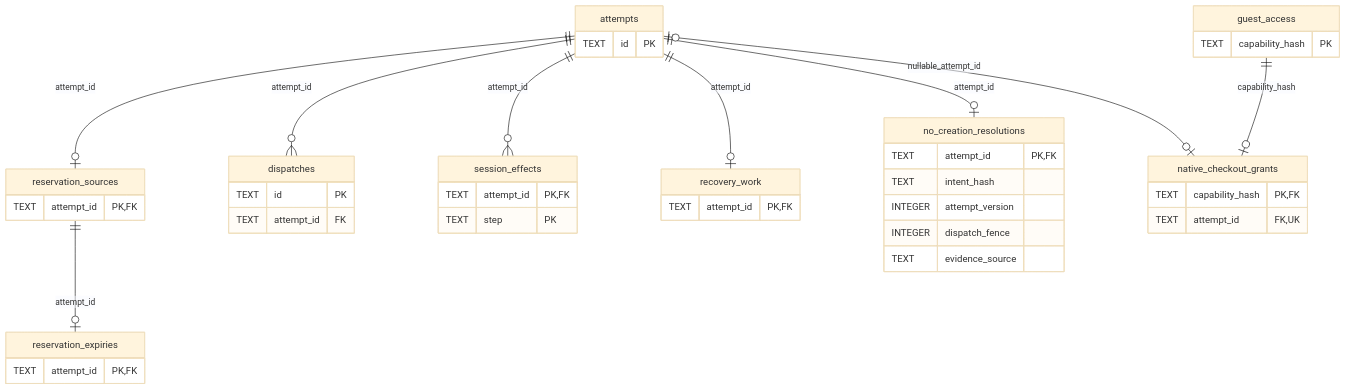
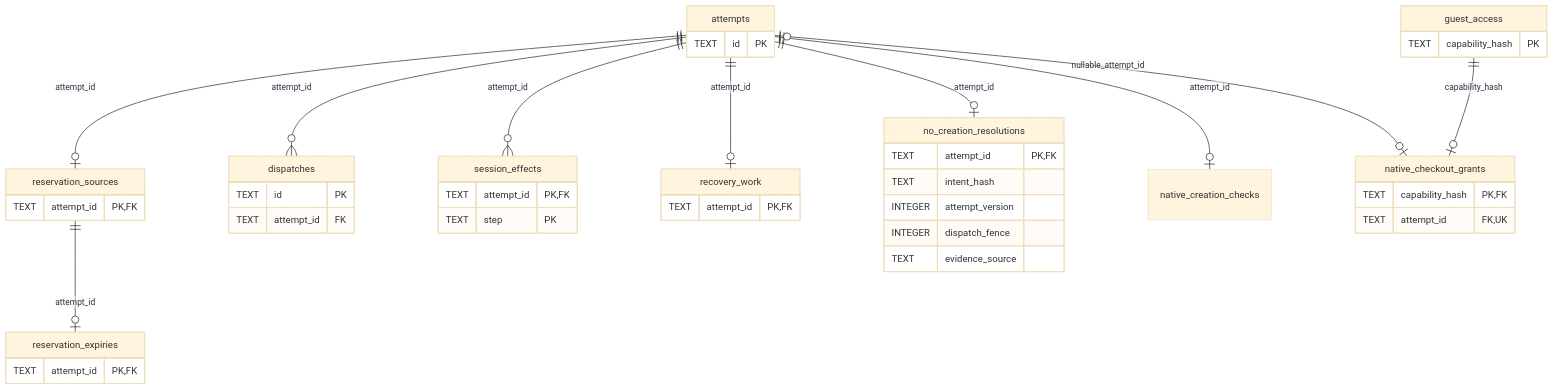
Before and after one commit to soccerbotstudiosg/soccerbotstudioSG: the second of 8 diagrams in docs/architecture/database-schema.md, drawn with Mermaid (base theme). The commit also changed other lines of this file and 58 other files, not shown here.

````diff
--- a/docs/architecture/database-schema.md
+++ b/docs/architecture/database-schema.md
@@ -43,35 +43,36 @@
 ```mermaid
 erDiagram
   attempts ||--o| reservation_sources : attempt_id
   reservation_sources ||--o| reservation_expiries : attempt_id
   reservation_sources { TEXT attempt_id PK, FK }
   reservation_expiries { TEXT attempt_id PK, FK }
   attempts ||--o{ dispatches : attempt_id
   attempts ||--o{ session_effects : attempt_id
   attempts ||--o| recovery_work : attempt_id
   attempts ||--o| no_creation_resolutions : attempt_id
+  attempts ||--o| native_creation_checks : attempt_id
   attempts o|--o| native_checkout_grants : nullable_attempt_id
   guest_access ||--o| native_checkout_grants : capability_hash
   attempts { TEXT id PK }
   guest_access { TEXT capability_hash PK }
   native_checkout_grants {
     TEXT capability_hash PK, FK
     TEXT attempt_id FK, UK
   }
   dispatches {
     TEXT id PK
     TEXT attempt_id FK
   }
   session_effects {
     TEXT attempt_id PK, FK
     TEXT step PK
   }
   recovery_work { TEXT attempt_id PK, FK }
   no_creation_resolutions {
     TEXT attempt_id PK, FK
     TEXT intent_hash
     INTEGER attempt_version
     INTEGER dispatch_fence
     TEXT evidence_source
   }
 ```
````
